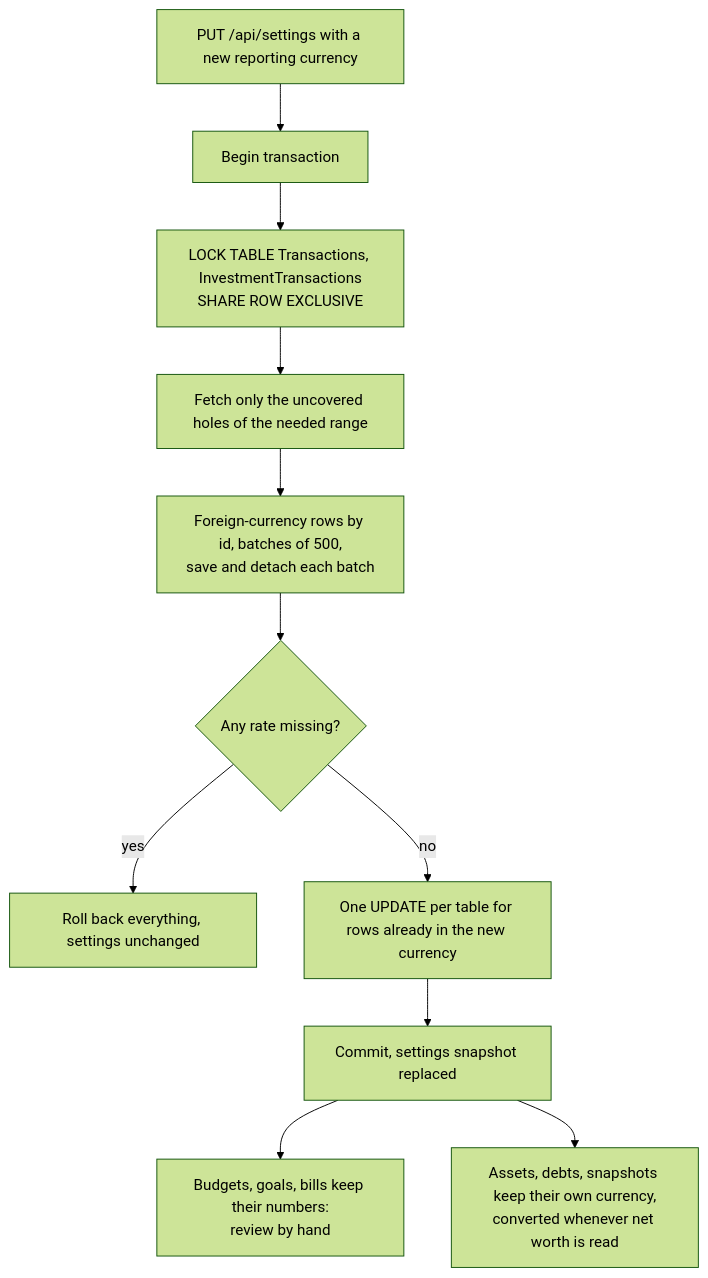
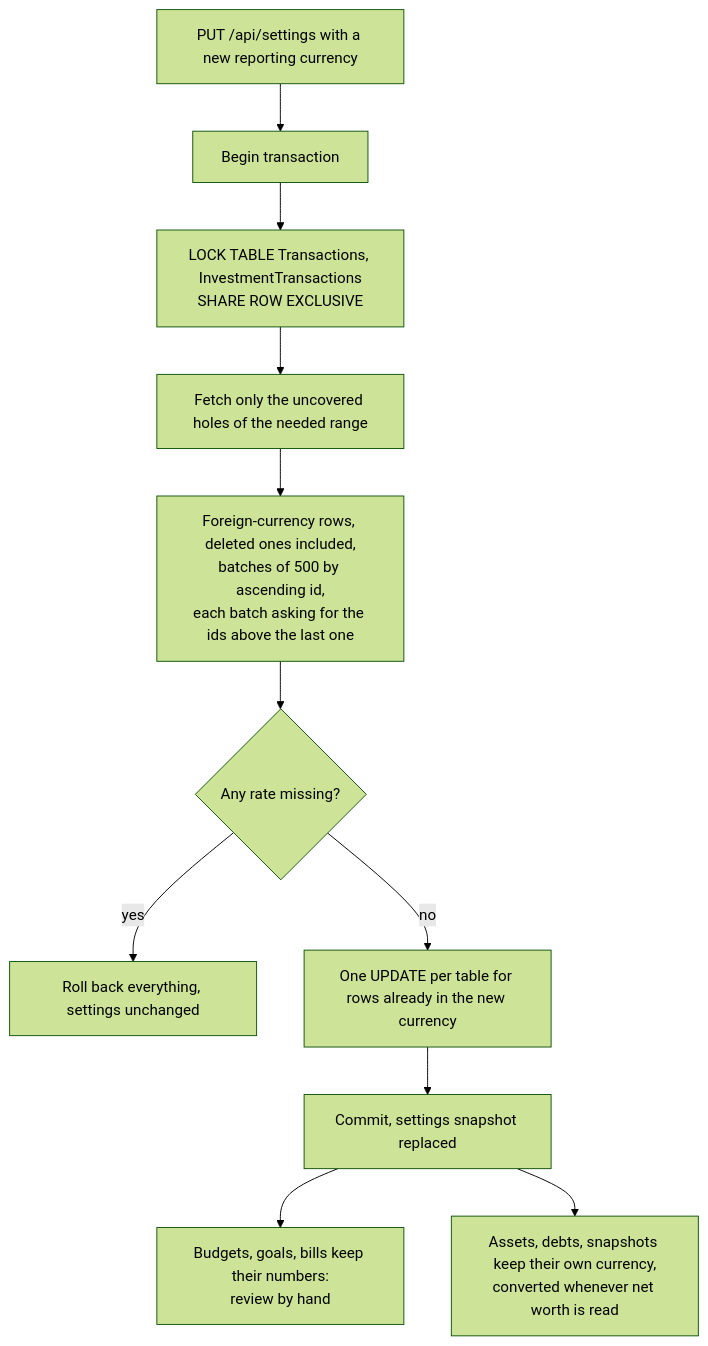
Before and after one commit to Justxs/Jx-Finance: the fourth of 4 diagrams in docs/features/09. Multi-currency.md, drawn with Mermaid (forest theme). The commit also changed 21 other files, not shown here.

````diff
--- a/docs/features/09. Multi-currency.md
+++ b/docs/features/09. Multi-currency.md
@@ -71,13 +71,13 @@
 ```mermaid
 flowchart TD
     Save["PUT /api/settings with a new reporting currency"] --> Tx["Begin transaction"]
     Tx --> LockT["LOCK TABLE Transactions, InvestmentTransactions<br/>SHARE ROW EXCLUSIVE"]
     LockT --> Range["Fetch only the uncovered holes of the needed range"]
-    Range --> Batch["Foreign-currency rows by id, batches of 500,<br/>save and detach each batch"]
+    Range --> Batch["Foreign-currency rows, deleted ones included,<br/>batches of 500 by ascending id,<br/>each batch asking for the ids above the last one"]
     Batch --> Missing{"Any rate missing?"}
     Missing -->|"yes"| Rollback["Roll back everything, settings unchanged"]
     Missing -->|"no"| Same["One UPDATE per table for rows already in the new currency"]
     Same --> Commit["Commit, settings snapshot replaced"]
     Commit --> Manual["Budgets, goals, bills keep their numbers:<br/>review by hand"]
     Commit --> Kept["Assets, debts, snapshots keep their own currency,<br/>converted whenever net worth is read"]
 ```
````
